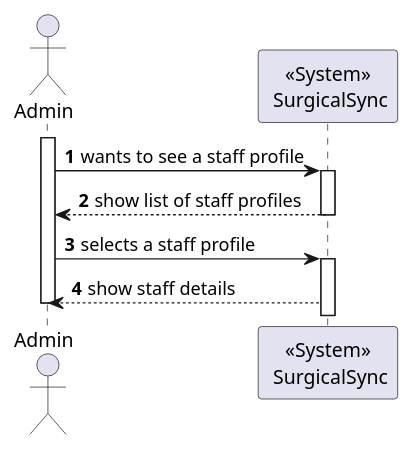
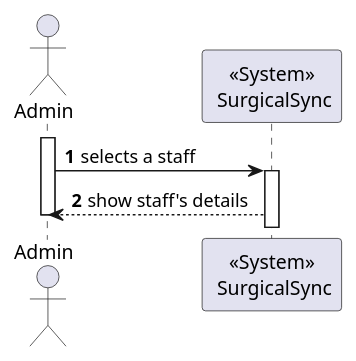
One commit to MiguelCardoso77/SurgicalSync-BackEnd changed the diagram in Wiki/SprintA/diagrams/use-cases/23-see-staff-details/level1/process-view.puml. Above: the diagram before and after it, drawn with PlantUML. The commit also changed 8 other files, not shown here.

```diff
--- a/Wiki/SprintA/diagrams/use-cases/23-see-staff-details/level1/process-view.puml
+++ b/Wiki/SprintA/diagrams/use-cases/23-see-staff-details/level1/process-view.puml
@@ -1,22 +1,18 @@
 @startuml
 autonumber
 
 actor "Admin" as USER
 participant "<<System>>\n SurgicalSync" as SYSTEM
 
 activate USER
 
-    USER -> SYSTEM: wants to see a staff profile
-    activate SYSTEM
-
-        SYSTEM --> USER : show list of staff profiles
-    deactivate SYSTEM
+   
         
-    USER -> SYSTEM : selects a staff profile
+    USER -> SYSTEM : selects a staff 
     activate SYSTEM
     
-    SYSTEM --> USER: show staff details
+    SYSTEM --> USER: show staff's details
     
   
 deactivate USER
 @enduml
```
